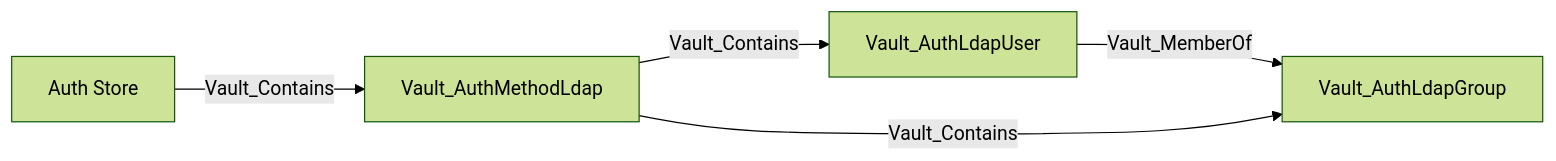
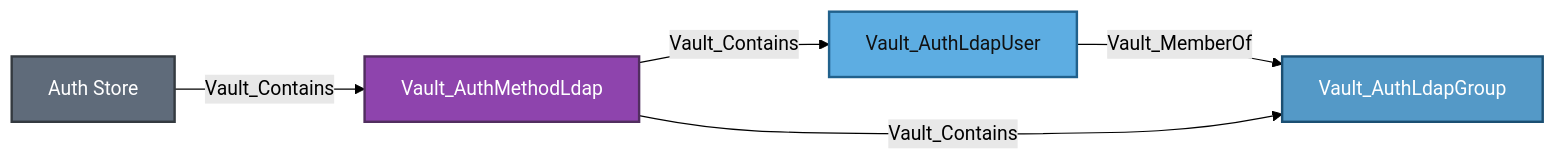
Before and after one commit to bytewreck/opengraph-vault: diagram 16 of 28 in Documentation/stores/AUTH.md, drawn with Mermaid (forest theme). The commit also changed other lines of this file, not shown here.

````diff
--- a/Documentation/stores/AUTH.md
+++ b/Documentation/stores/AUTH.md
@@ -869,7 +938,12 @@
 ```mermaid
 flowchart LR
-    store[Auth Store] -->|Vault_Contains| method[Vault_AuthMethodLdap]
-    method -->|Vault_Contains| user[Vault_AuthLdapUser]
-    user -->|Vault_MemberOf| group[Vault_AuthLdapGroup]
+    store[Auth Store]:::storeNode -->|Vault_Contains| method[Vault_AuthMethodLdap]:::authMethodNode
+    method -->|Vault_Contains| user[Vault_AuthLdapUser]:::authUserNode
+    user -->|Vault_MemberOf| group[Vault_AuthLdapGroup]:::authGroupNode
     method -->|Vault_Contains| group
+
+    classDef storeNode fill:#5F6B7A,color:#fff,stroke:#343A40,stroke-width:2px
+    classDef authMethodNode fill:#8E44AD,color:#fff,stroke:#512E5F,stroke-width:2px
+    classDef authUserNode fill:#5DADE2,color:#111,stroke:#21618C,stroke-width:2px
+    classDef authGroupNode fill:#5499C7,color:#fff,stroke:#1B4F72,stroke-width:2px
 ```
````
